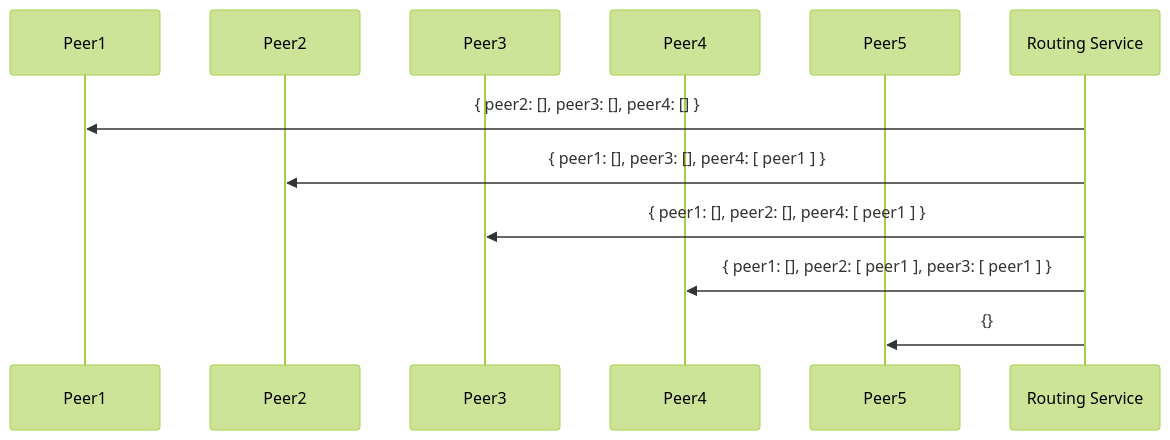
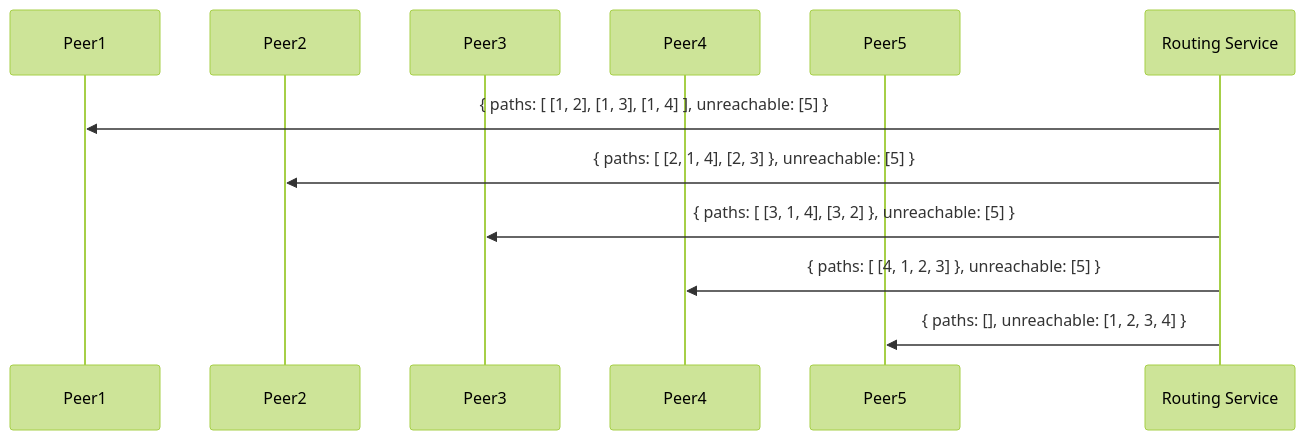
Before and after one commit to decentraland/adr: the third of 5 diagrams in RFC/RFC-14-p2p-adapter.md, drawn with Mermaid (forest theme). The commit also changed other lines of this file, not shown here.

````diff
--- a/RFC/RFC-14-p2p-adapter.md
+++ b/RFC/RFC-14-p2p-adapter.md
@@ -84,15 +85,15 @@
 ```mermaid
 sequenceDiagram
     participant Peer1
     participant Peer2
     participant Peer3
     participant Peer4
     participant Peer5
     participant RS as Routing Service
 
-    RS->>Peer1: { peer2: [], peer3: [], peer4: [] }
-    RS->>Peer2: { peer1: [], peer3: [], peer4: [ peer1 ] }
-    RS->>Peer3: { peer1: [], peer2: [], peer4: [ peer1 ] }
-    RS->>Peer4: { peer1: [], peer2: [ peer1 ], peer3: [ peer1 ] }
-    RS->>Peer5: {}
+    RS->>Peer1: { paths: [ [1, 2], [1, 3], [1, 4] ], unreachable: [5] }
+    RS->>Peer2: { paths: [ [2, 1, 4], [2, 3] }, unreachable: [5] }
+    RS->>Peer3: { paths: [ [3, 1, 4], [3, 2] }, unreachable: [5] }
+    RS->>Peer4: { paths: [ [4, 1, 2, 3] }, unreachable: [5] }
+    RS->>Peer5: { paths: [], unreachable: [1, 2, 3, 4] }
 ```
````
